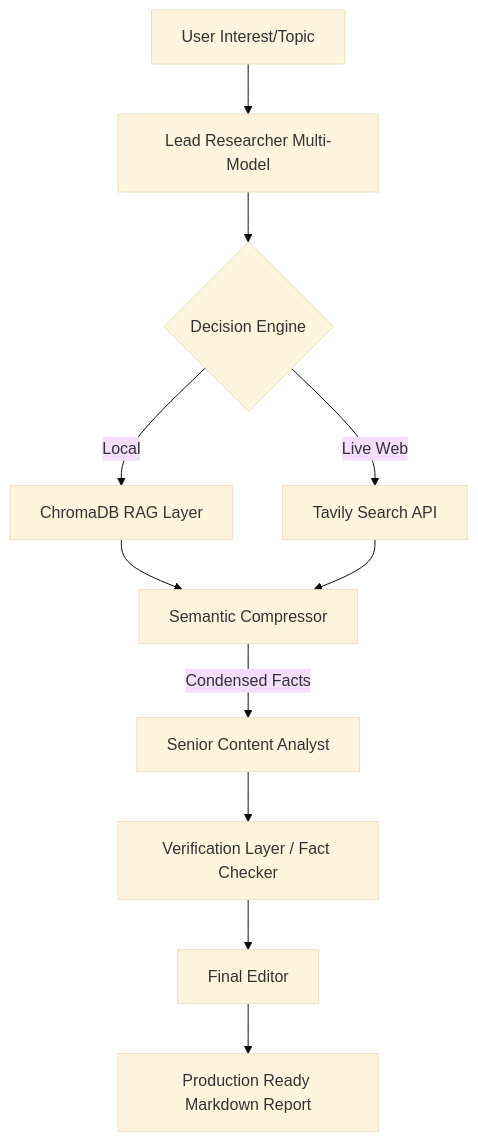
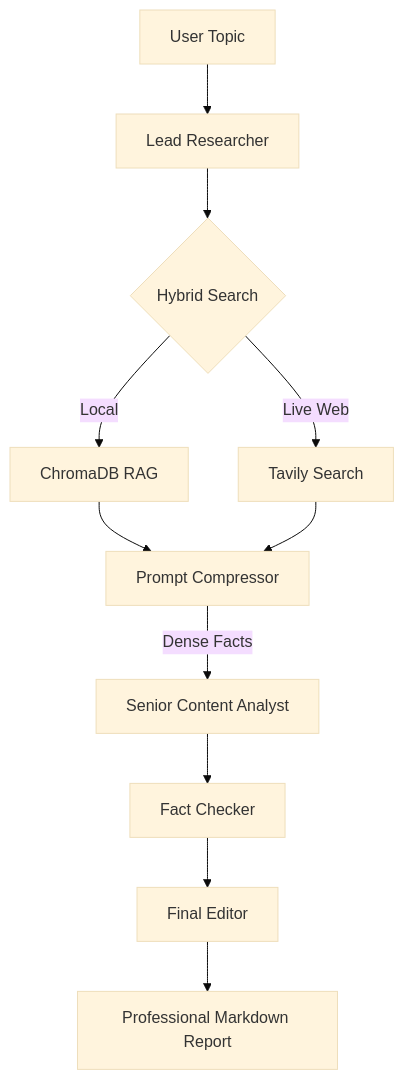
One commit to Thorat-Kaustubh/Multi-Model-AI-Research-Assistant changed the diagram in README.md. Above: the diagram before and after it, drawn with Mermaid (base theme). The commit also changed other lines of this file, not shown here.

Commit message:
docs: refactor README to improve project documentation, architecture details, and setup instructions

````diff
--- a/README.md
+++ b/README.md
@@ -47,13 +50,13 @@
 ```mermaid
 graph TD
-    A[User Interest/Topic] --> B[Lead Researcher Multi-Model]
-    B --> C{Decision Engine}
-    C --> |Local| D[ChromaDB RAG Layer]
-    C --> |Live Web| E[Tavily Search API]
-    D --> F[Semantic Compressor]
+    A[User Topic] --> B[Lead Researcher]
+    B --> C{Hybrid Search}
+    C --> |Local| D[ChromaDB RAG]
+    C --> |Live Web| E[Tavily Search]
+    D --> F[Prompt Compressor]
     E --> F
-    F --> |Condensed Facts| G[Senior Content Analyst]
-    G --> H[Verification Layer / Fact Checker]
+    F --> |Dense Facts| G[Senior Content Analyst]
+    G --> H[Fact Checker]
     H --> I[Final Editor]
-    I --> J[Production Ready Markdown Report]
+    I --> J[Professional Markdown Report]
 ```
````
